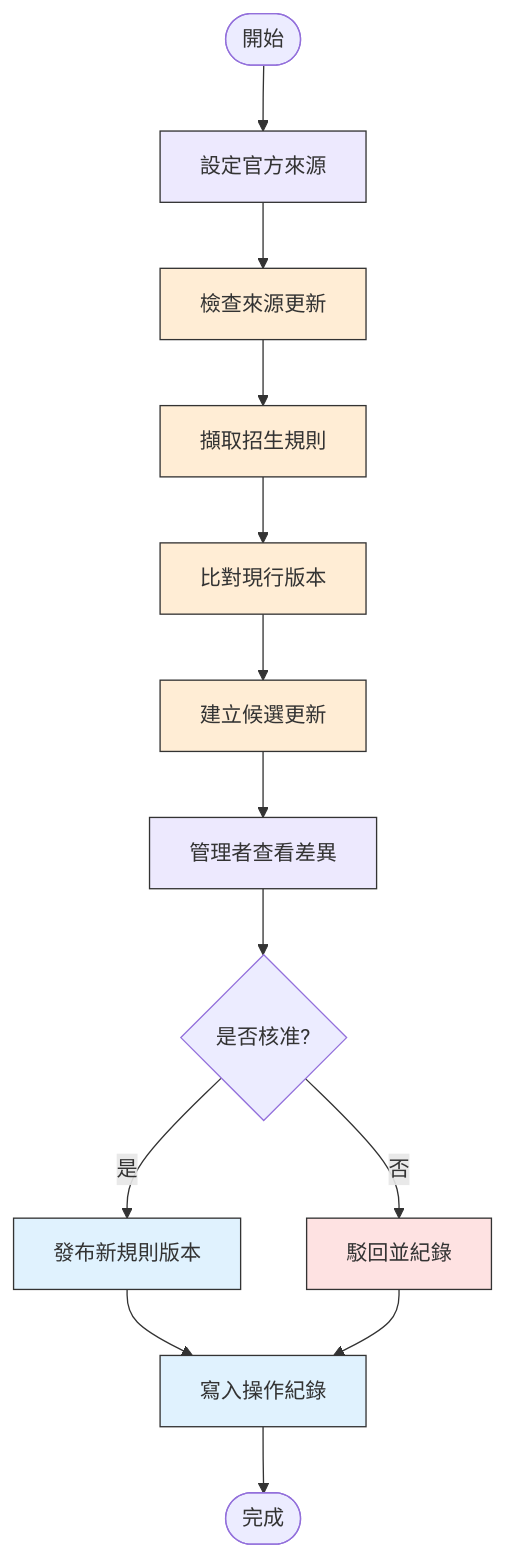
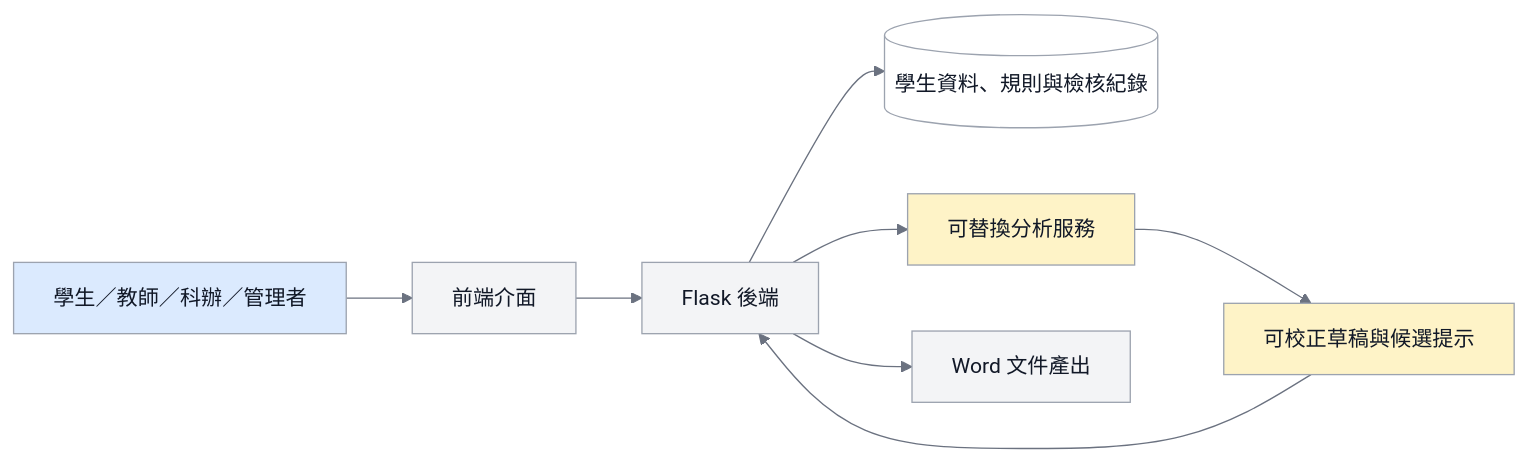
One commit to vujhdcusa/1028 changed the sixth of 8 diagrams in docs/04_圖表與介面/diagrams.md. Above: the diagram before and after it, drawn with Mermaid. The commit also changed other lines of this file and 16 other files, not shown here.

Commit message:
docs: correct learning portfolio flow diagrams

````diff
--- a/docs/04_圖表與介面/diagrams.md
+++ b/docs/04_圖表與介面/diagrams.md
@@ -184,20 +126,16 @@
 ```mermaid
-flowchart TD
-    classDef admin fill:#EDE9FE,stroke:#333;
-    classDef ai fill:#FFEDD5,stroke:#333;
-    classDef backend fill:#E0F2FE,stroke:#333;
-    classDef alert fill:#FEE2E2,stroke:#333;
+%%{init: {'theme':'base','themeVariables': {'fontFamily':'Microsoft JhengHei, Noto Sans TC, Arial, sans-serif','primaryColor':'#F3F4F6','primaryTextColor':'#111827','primaryBorderColor':'#9CA3AF','lineColor':'#6B7280','edgeLabelBackground':'#FFFFFF'}}}%%
+flowchart LR
+    classDef user fill:#DBEAFE,stroke:#9CA3AF,color:#111827,stroke-width:1px;
+    classDef backend fill:#F3F4F6,stroke:#9CA3AF,color:#111827,stroke-width:1px;
+    classDef db fill:#FFFFFF,stroke:#9CA3AF,color:#111827,stroke-width:1px;
+    classDef ai fill:#FEF3C7,stroke:#9CA3AF,color:#111827,stroke-width:1px;
 
-    Start([開始]) --> Source[設定官方來源]:::admin
-    Source --> Check[檢查來源更新]:::ai
-    Check --> Extract[擷取招生規則]:::ai
-    Extract --> Compare[比對現行版本]:::ai
-    Compare --> Candidate[建立候選更新]:::ai
-    Candidate --> Review[管理者查看差異]:::admin
-    Review --> Approve{是否核准?}
-    Approve -- 否 --> Reject[駁回並紀錄]:::alert
-    Approve -- 是 --> Publish[發布新規則版本]:::backend
-    Publish --> Log[寫入操作紀錄]:::backend
-    Reject --> Log
-    Log --> End([完成])
+    Users[學生／教師／科辦／管理者]:::user --> UI[前端介面]:::backend
+    UI --> App[Flask 後端]:::backend
+    App --> Data[(學生資料、規則與檢核紀錄)]:::db
+    App --> Analysis[可替換分析服務]:::ai
+    Analysis --> Draft[可校正草稿與候選提示]:::ai
+    Draft --> App
+    App --> Word[Word 文件產出]:::backend
 ```
````
